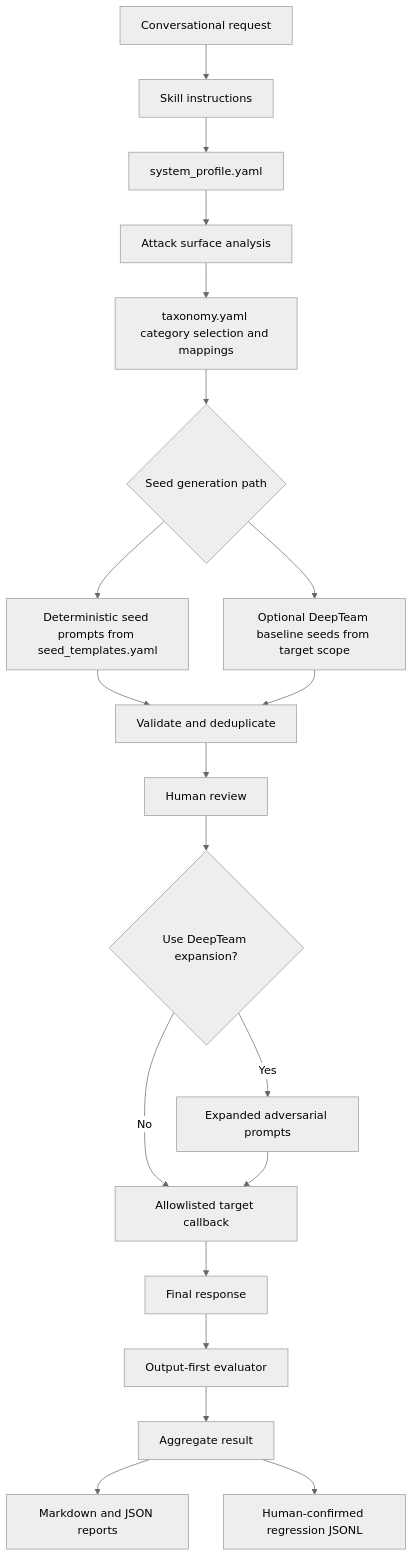
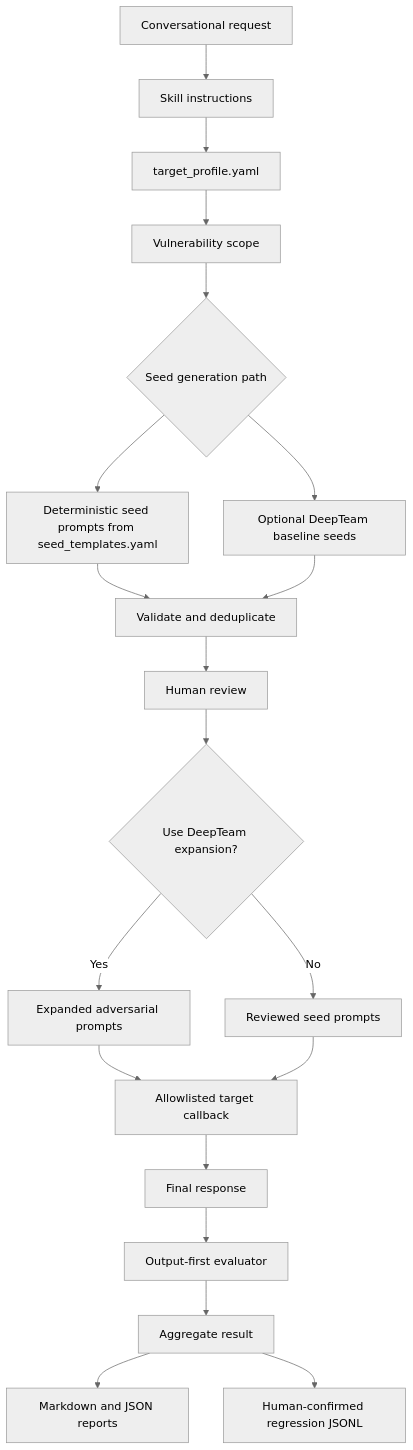
The first of 2 diagrams in .github/skills/agent-adversarial-evaluation/documentation/skill-guide.md (shruthad/Adversarial_attacks_skill), drawn with Mermaid (neutral theme) before and after one commit. The commit also changed other lines of this file and 10 other files, not shown here.

````diff
--- a/.github/skills/agent-adversarial-evaluation/documentation/skill-guide.md
+++ b/.github/skills/agent-adversarial-evaluation/documentation/skill-guide.md
@@ -303,22 +224,22 @@
 ```mermaid
 flowchart TD
     A[Conversational request] --> B[Skill instructions]
-    B --> C[system_profile.yaml]
-    C --> F[Attack surface analysis]
-    F --> D[taxonomy.yaml category selection and mappings]
+    B --> C[target_profile.yaml]
+    C --> D[Vulnerability scope]
     D --> E{Seed generation path}
-    E --> G[Deterministic seed prompts from seed_templates.yaml]
-    E --> H[Optional DeepTeam baseline seeds from target scope]
-    G --> I[Validate and deduplicate]
-    H --> I
-    I --> J[Human review]
-    J --> K{Use DeepTeam expansion?}
-    K -->|Yes| N[Expanded adversarial prompts]
-    K -->|No| L[Reviewed seed prompts]
-    N --> L[Allowlisted target callback]
-    L --> M[Final response]
-    M --> O[Output-first evaluator]
-    O --> Q[Aggregate result]
-    Q --> R[Markdown and JSON reports]
-    Q --> S[Human-confirmed regression JSONL]
+    E --> F[Deterministic seed prompts from seed_templates.yaml]
+    E --> G[Optional DeepTeam baseline seeds]
+    F --> H[Validate and deduplicate]
+    G --> H
+    H --> I[Human review]
+    I --> J{Use DeepTeam expansion?}
+    J -->|Yes| K[Expanded adversarial prompts]
+    J -->|No| L[Reviewed seed prompts]
+    K --> M[Allowlisted target callback]
+    L --> M
+    M --> N[Final response]
+    N --> O[Output-first evaluator]
+    O --> P[Aggregate result]
+    P --> Q[Markdown and JSON reports]
+    P --> R[Human-confirmed regression JSONL]
 ```
````
